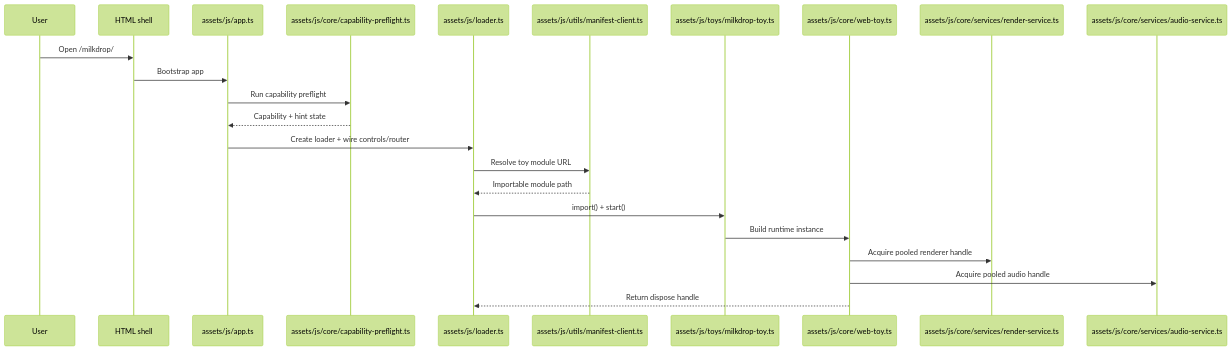
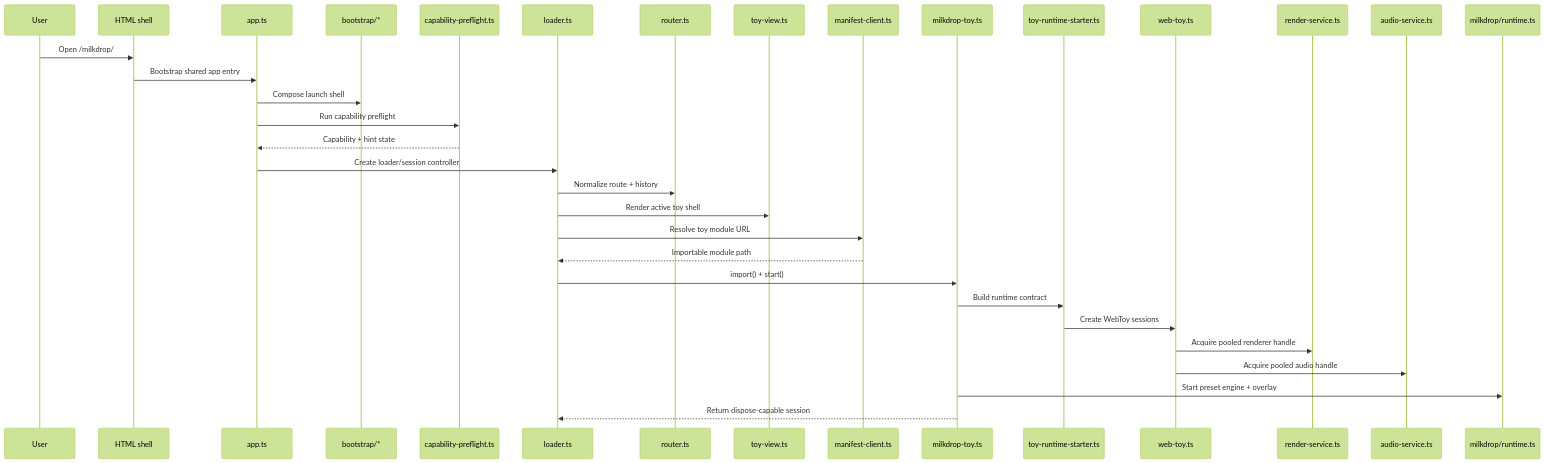
Before and after one commit to zz-plant/stims: the second of 5 diagrams in docs/ARCHITECTURE.md, drawn with Mermaid (forest theme). The commit also changed other lines of this file and 12 other files, not shown here.

````diff
--- a/docs/ARCHITECTURE.md
+++ b/docs/ARCHITECTURE.md
@@ -60,26 +81,36 @@
 ```mermaid
 sequenceDiagram
   participant U as User
   participant S as HTML shell
-  participant A as assets/js/app.ts
-  participant P as assets/js/core/capability-preflight.ts
-  participant L as assets/js/loader.ts
-  participant M as assets/js/utils/manifest-client.ts
-  participant T as assets/js/toys/milkdrop-toy.ts
-  participant C as assets/js/core/web-toy.ts
-  participant R as assets/js/core/services/render-service.ts
-  participant Au as assets/js/core/services/audio-service.ts
+  participant A as app.ts
+  participant B as bootstrap/*
+  participant P as capability-preflight.ts
+  participant L as loader.ts
+  participant R as router.ts
+  participant V as toy-view.ts
+  participant M as manifest-client.ts
+  participant T as milkdrop-toy.ts
+  participant RS as toy-runtime-starter.ts
+  participant W as web-toy.ts
+  participant Re as render-service.ts
+  participant Au as audio-service.ts
+  participant Md as milkdrop/runtime.ts
 
   U->>S: Open /milkdrop/
-  S->>A: Bootstrap app
+  S->>A: Bootstrap shared app entry
+  A->>B: Compose launch shell
   A->>P: Run capability preflight
   P-->>A: Capability + hint state
-  A->>L: Create loader + wire controls/router
+  A->>L: Create loader/session controller
+  L->>R: Normalize route + history
+  L->>V: Render active toy shell
   L->>M: Resolve toy module URL
   M-->>L: Importable module path
   L->>T: import() + start()
-  T->>C: Build runtime instance
-  C->>R: Acquire pooled renderer handle
-  C->>Au: Acquire pooled audio handle
-  C-->>L: Return dispose handle
+  T->>RS: Build runtime contract
+  RS->>W: Create WebToy sessions
+  W->>Re: Acquire pooled renderer handle
+  W->>Au: Acquire pooled audio handle
+  T->>Md: Start preset engine + overlay
+  T-->>L: Return dispose-capable session
 ```
````
